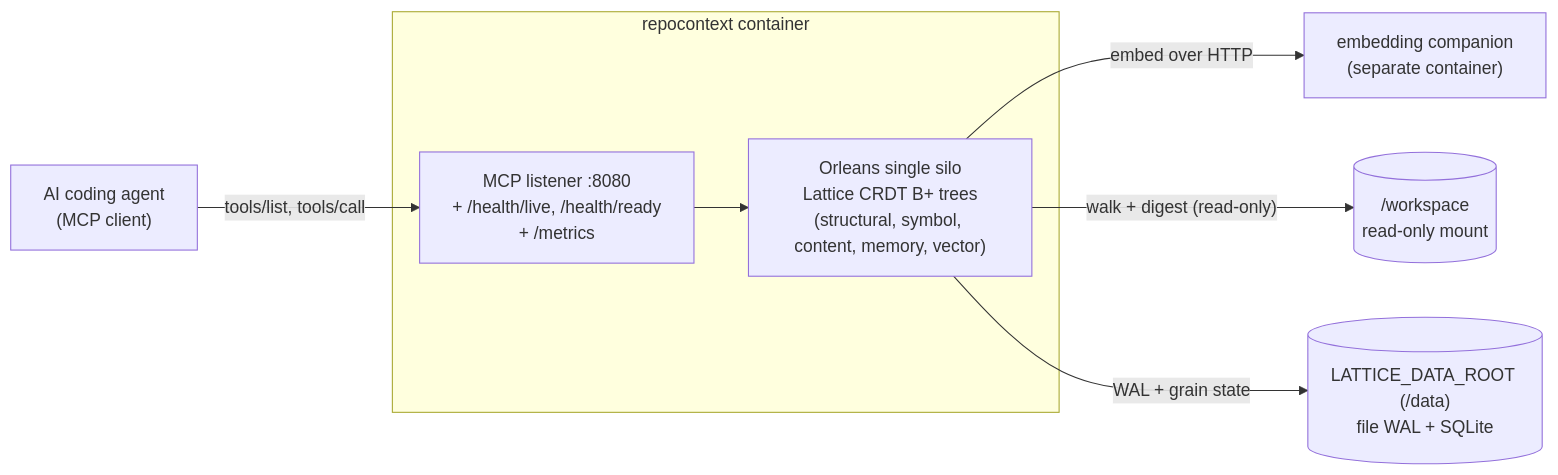
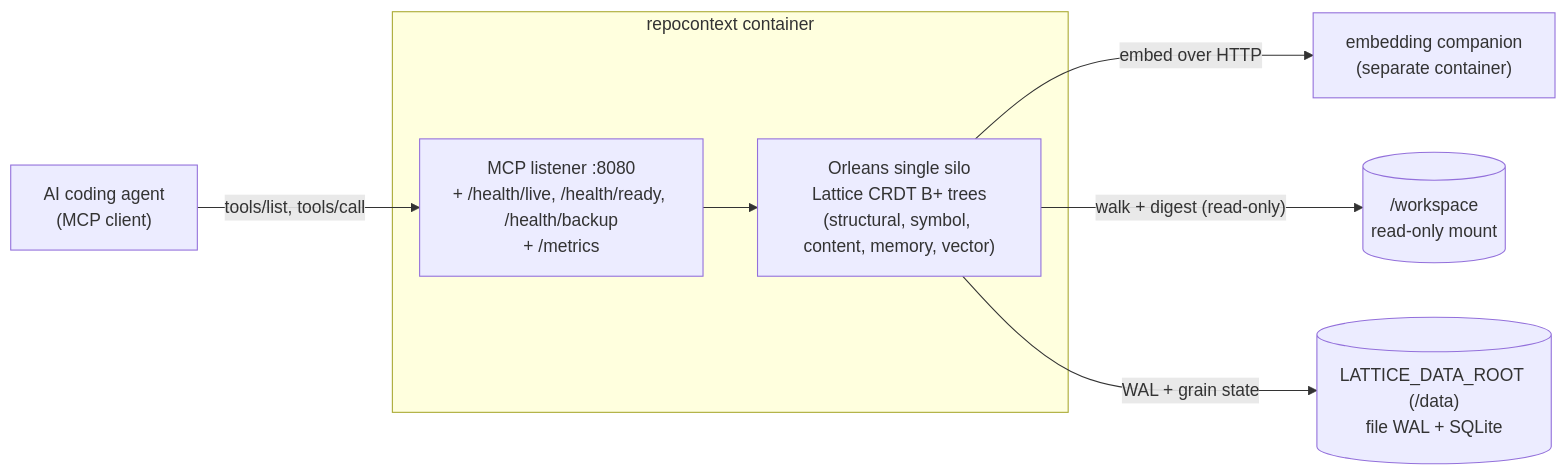
One commit to NSTA1/Orleans.Lattice changed the diagram in docs/lattice.api.mcp.repocontext/container.md. Above: the diagram before and after it, drawn with Mermaid. The commit also changed other lines of this file and 8 other files, not shown here.

````diff
--- a/docs/lattice.api.mcp.repocontext/container.md
+++ b/docs/lattice.api.mcp.repocontext/container.md
@@ -9,19 +9,19 @@
 ```mermaid
 flowchart LR
     agent["AI coding agent<br/>(MCP client)"]
 
     subgraph container["repocontext container"]
-        mcp["MCP listener :8080<br/>+ /health/live, /health/ready<br/>+ /metrics"]
+        mcp["MCP listener :8080<br/>+ /health/live, /health/ready, /health/backup<br/>+ /metrics"]
         silo["Orleans single silo<br/>Lattice CRDT B+ trees<br/>(structural, symbol, content, memory, vector)"]
         mcp --> silo
     end
 
     embed["embedding companion<br/>(separate container)"]
     workspace[("/workspace<br/>read-only mount")]
     data[("LATTICE_DATA_ROOT (/data)<br/>file WAL + SQLite")]
 
     agent -->|"tools/list, tools/call"| mcp
     silo -->|"embed over HTTP"| embed
     silo -->|"walk + digest (read-only)"| workspace
     silo -->|"WAL + grain state"| data
 ```
````
